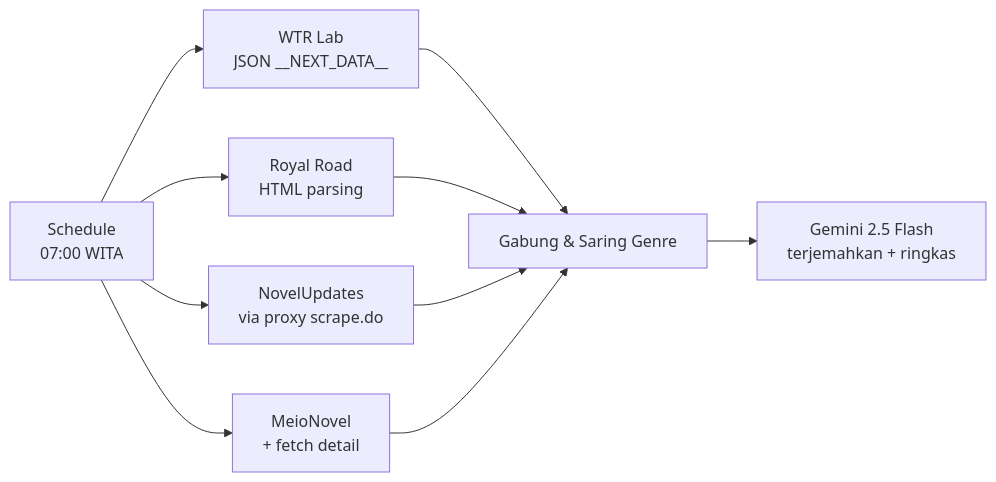
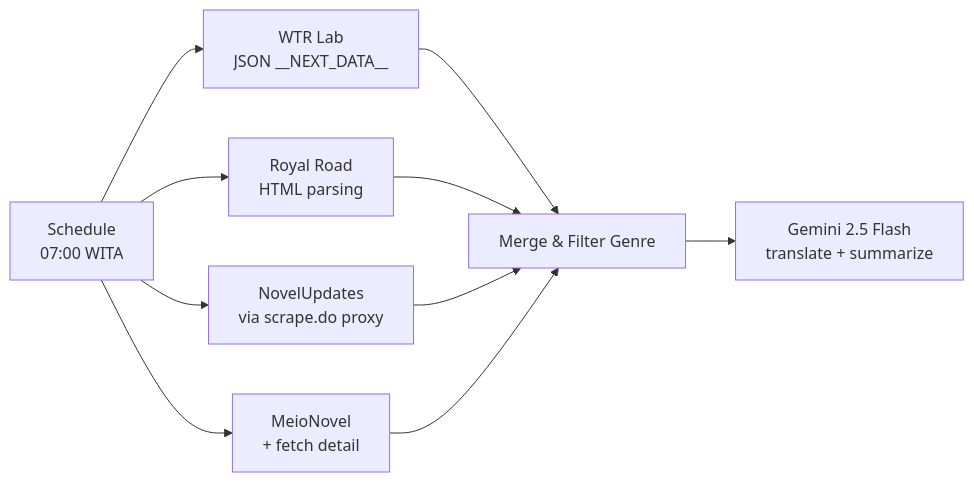
The first of 2 diagrams in README.md (Agungtrimahmudi-automation/novel-rekomendasi-harian), drawn with Mermaid before and after one commit. The commit also changed other lines of this file, not shown here.

First line of the commit message:
Translate README to English and remove em dashes

````diff
--- a/README.md
+++ b/README.md
@@ -44,12 +50,12 @@
 ```mermaid
 flowchart LR
     A["Schedule<br/>07:00 WITA"] --> B["WTR Lab<br/>JSON __NEXT_DATA__"]
     A --> C["Royal Road<br/>HTML parsing"]
-    A --> D["NovelUpdates<br/>via proxy scrape.do"]
+    A --> D["NovelUpdates<br/>via scrape.do proxy"]
     A --> E["MeioNovel<br/>+ fetch detail"]
-    B --> F["Gabung & Saring Genre"]
+    B --> F["Merge & Filter Genre"]
     C --> F
     D --> F
     E --> F
-    F --> G["Gemini 2.5 Flash<br/>terjemahkan + ringkas"]
+    F --> G["Gemini 2.5 Flash<br/>translate + summarize"]
 ```
````
